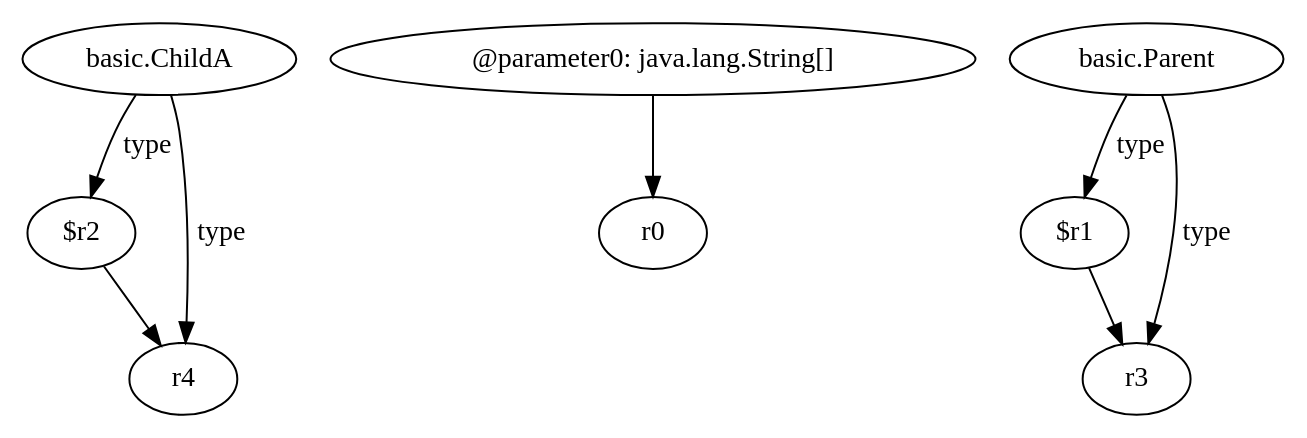
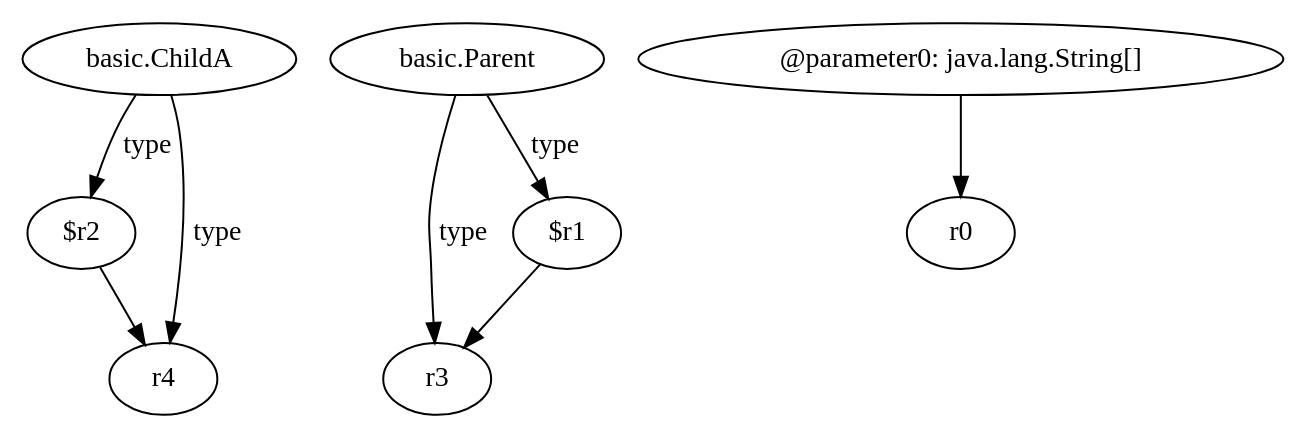
The diagram in relation2/<callgraph.Hierarchy: void main(java.lang.String[])>.dot (SeanCoek/zString), drawn with Graphviz before and after one commit. The commit also changed 4443 other files, not shown here.

```diff
--- a/relation2/<callgraph.Hierarchy: void main(java.lang.String[])>.dot
+++ b/relation2/<callgraph.Hierarchy: void main(java.lang.String[])>.dot
@@ -1,17 +1,17 @@
 digraph g {
-0[label="$r2"]
-1[label="r4"]
-0->1[label=""]
-2[label="@parameter0: java.lang.String[]"]
-3[label="r0"]
-2->3[label=""]
-4[label="basic.ChildA"]
-4->1[label="type"]
-5[label="$r1"]
-6[label="r3"]
-5->6[label=""]
-7[label="basic.Parent"]
-7->6[label="type"]
-4->0[label="type"]
-7->5[label="type"]
+0[label="basic.ChildA"]
+1[label="$r2"]
+0->1[label="type"]
+2[label="basic.Parent"]
+3[label="r3"]
+2->3[label="type"]
+4[label="@parameter0: java.lang.String[]"]
+5[label="r0"]
+4->5[label=""]
+6[label="$r1"]
+6->3[label=""]
+7[label="r4"]
+1->7[label=""]
+2->6[label="type"]
+0->7[label="type"]
 }
```
